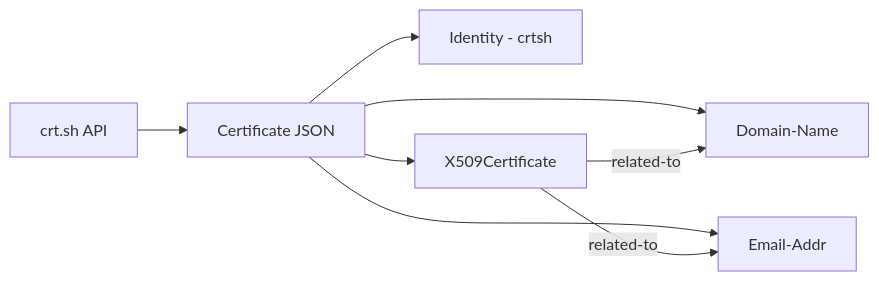
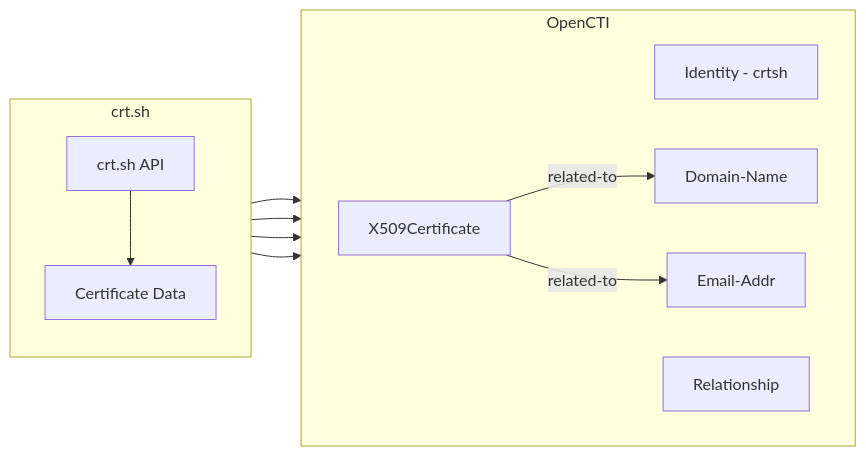
Before and after one commit to OpenCTI-Platform/connectors: the diagram in external-import/crtsh/README.md, drawn with Mermaid. The commit also changed other lines of this file and 30 other files, not shown here.

````diff
--- a/external-import/crtsh/README.md
+++ b/external-import/crtsh/README.md
@@ -118,10 +141,25 @@
 ```mermaid
 graph LR
-    A[crt.sh API] --> B[Certificate JSON]
-    B --> C[Identity - crtsh]
-    B --> D[X509Certificate]
-    B --> E[Domain-Name]
-    B --> F[Email-Addr]
-    D -- related-to --> E
-    D -- related-to --> F
+    subgraph crt.sh
+        direction TB
+        API[crt.sh API]
+        Certs[Certificate Data]
+    end
+
+    subgraph OpenCTI
+        direction LR
+        Identity[Identity - crtsh]
+        Certificate[X509Certificate]
+        Domain[Domain-Name]
+        Email[Email-Addr]
+        Relationship[Relationship]
+    end
+
+    API --> Certs
+    Certs --> Identity
+    Certs --> Certificate
+    Certs --> Domain
+    Certs --> Email
+    Certificate -- related-to --> Domain
+    Certificate -- related-to --> Email
 ```
````
